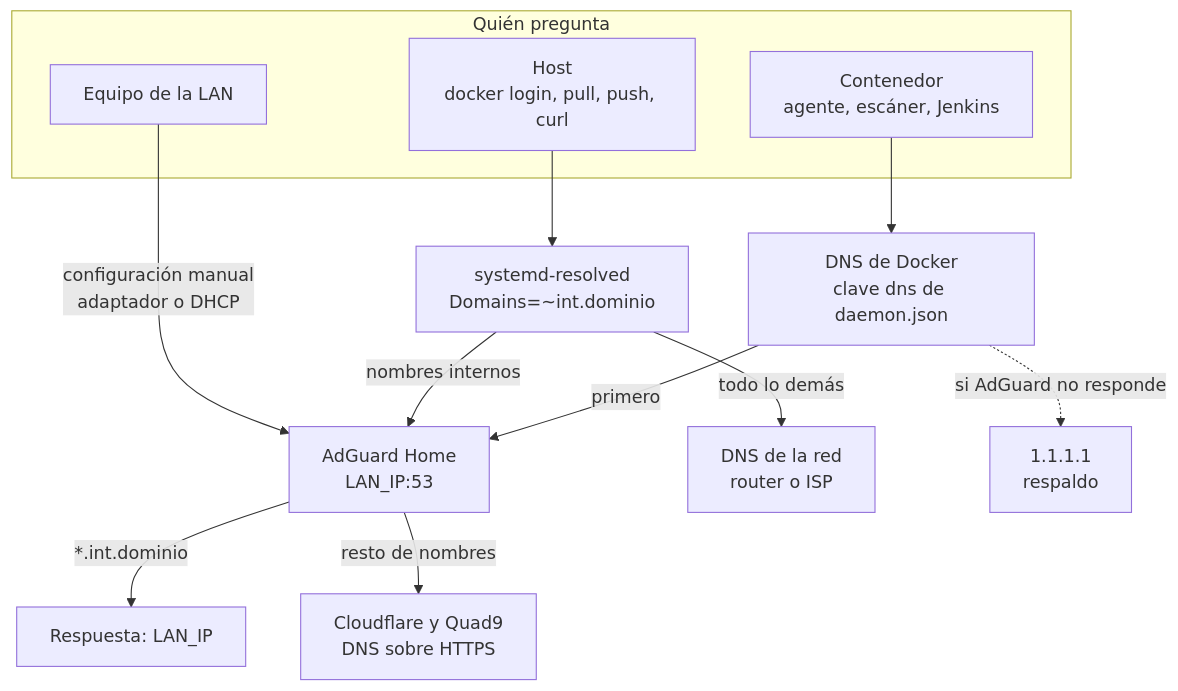
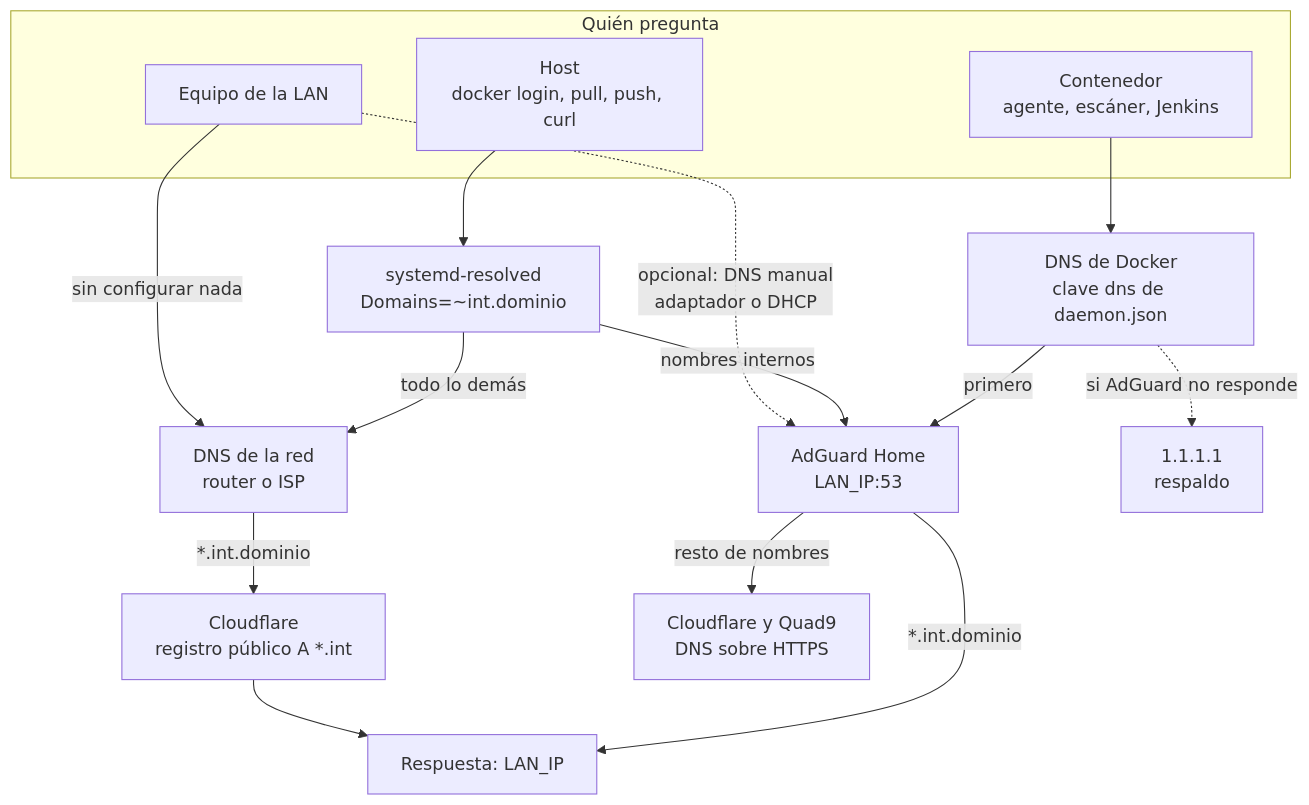
One commit to TorresMBA/mercury-devops-lab changed the second of 5 diagrams in docs/arquitectura/07-redes-y-dns.md. Above: the diagram before and after it, drawn with Mermaid. The commit also changed other lines of this file and 10 other files, not shown here.

First line of the commit message:
fix(host): puertos en LAN_IP aunque la IP llegue tarde, menos series de cAdvisor y DNS público *.int

````diff
--- a/docs/arquitectura/07-redes-y-dns.md
+++ b/docs/arquitectura/07-redes-y-dns.md
@@ -139,26 +139,30 @@
 ```mermaid
 flowchart TB
   subgraph consumers["Quién pregunta"]
     lanpc["Equipo de la LAN"]
     host["Host<br/>docker login, pull, push, curl"]
     ctr["Contenedor<br/>agente, escáner, Jenkins"]
   end
 
   resolved["systemd-resolved<br/>Domains=~int.dominio"]
   dockerdns["DNS de Docker<br/>clave dns de daemon.json"]
   adguard["AdGuard Home<br/>LAN_IP:53"]
   landns["DNS de la red<br/>router o ISP"]
+  cfdns["Cloudflare<br/>registro público A *.int"]
   fallback["1.1.1.1<br/>respaldo"]
   doh["Cloudflare y Quad9<br/>DNS sobre HTTPS"]
   answer["Respuesta: LAN_IP"]
 
-  lanpc -->|"configuración manual<br/>adaptador o DHCP"| adguard
+  lanpc -->|"sin configurar nada"| landns
+  lanpc -.->|"opcional: DNS manual<br/>adaptador o DHCP"| adguard
+  landns -->|"*.int.dominio"| cfdns
+  cfdns --> answer
   host --> resolved
   resolved -->|"nombres internos"| adguard
   resolved -->|"todo lo demás"| landns
   ctr --> dockerdns
   dockerdns -->|"primero"| adguard
   dockerdns -.->|"si AdGuard no responde"| fallback
   adguard -->|"*.int.dominio"| answer
   adguard -->|"resto de nombres"| doh
 ```
````
